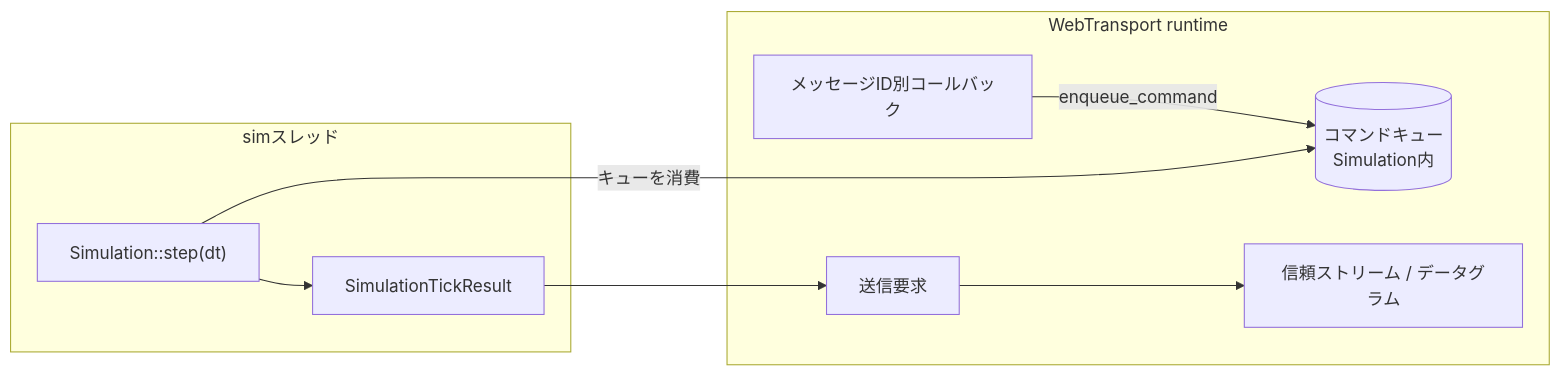
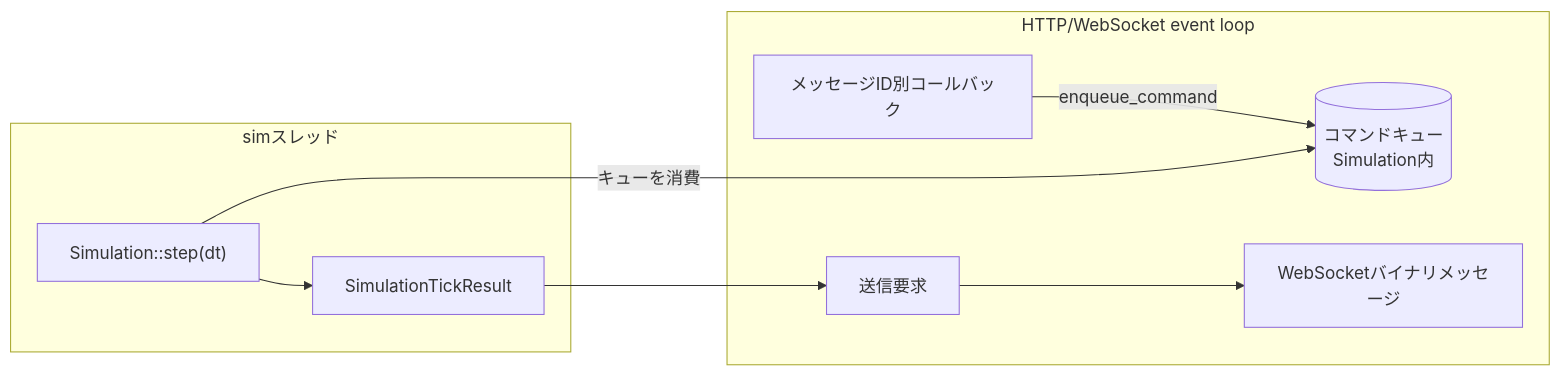
The sixth of 11 diagrams in sample/docs/DETAILED_DESIGN.md (ham1a6/SimulationView), drawn with Mermaid before and after one commit. The commit also changed other lines of this file and 27 other files, not shown here.

````diff
--- a/sample/docs/DETAILED_DESIGN.md
+++ b/sample/docs/DETAILED_DESIGN.md
@@ -340,12 +339,12 @@
 ```mermaid
 flowchart LR
-    subgraph WebTransport runtime
+    subgraph HTTP/WebSocket event loop
         A["メッセージID別コールバック"] -->|enqueue_command| B[(コマンドキュー\nSimulation内)]
-        F["送信要求"] --> G["信頼ストリーム / データグラム"]
+        F["送信要求"] --> G["WebSocketバイナリメッセージ"]
     end
     subgraph simスレッド
         C["Simulation::step(dt)"] -->|キューを消費| B
         C --> D["SimulationTickResult"]
         D --> F
     end
 ```
````
